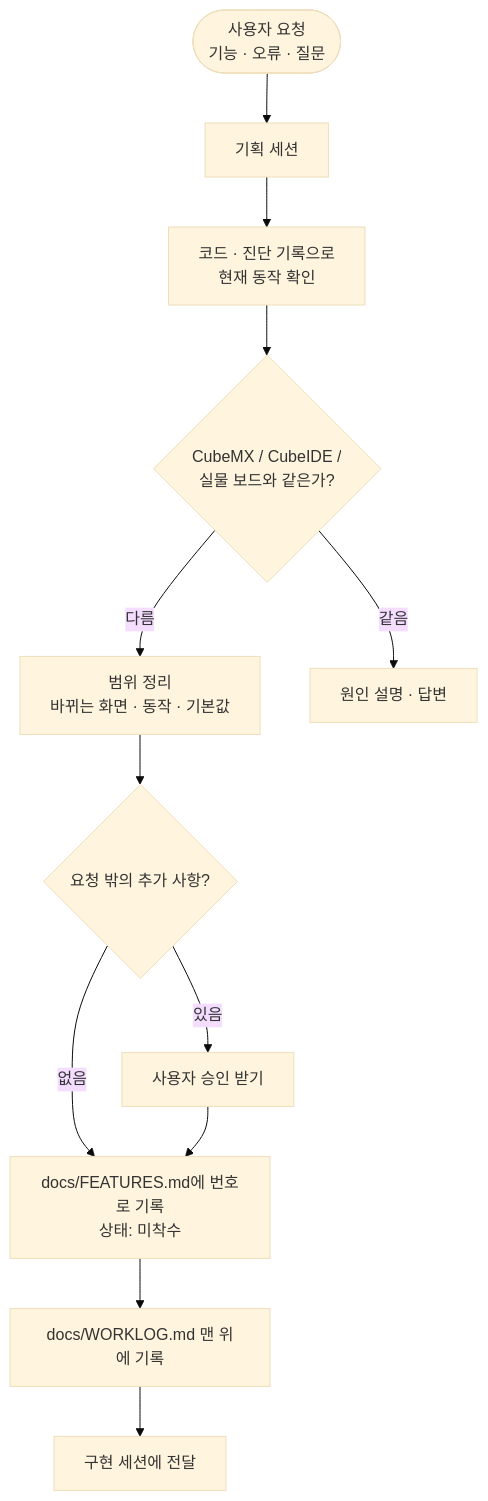
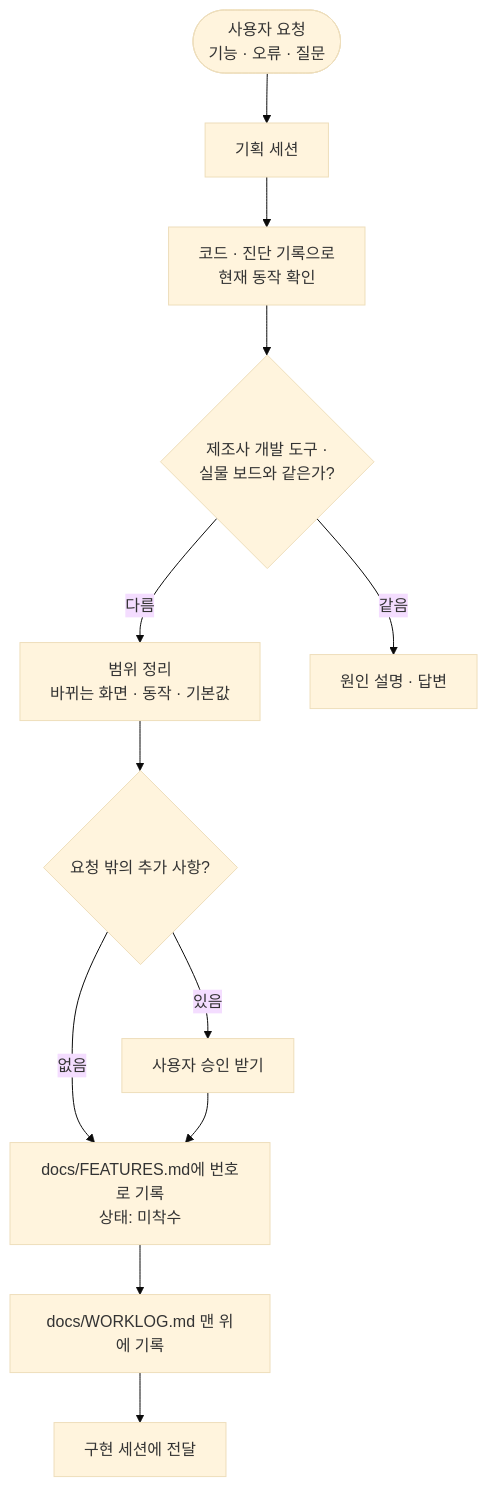
The eighth of 10 diagrams in README.md (moonsyu/STM-Simulator), drawn with Mermaid (base theme) before and after one commit. The commit also changed other lines of this file and 1 other file, not shown here.

````diff
--- a/README.md
+++ b/README.md
@@ -227,14 +227,14 @@
 ```mermaid
 flowchart TB
     REQ(["사용자 요청<br/>기능 · 오류 · 질문"]) --> PLAN["기획 세션"]
     PLAN --> CHECK["코드 · 진단 기록으로<br/>현재 동작 확인"]
-    CHECK --> CMP{"CubeMX / CubeIDE /<br/>실물 보드와 같은가?"}
+    CHECK --> CMP{"제조사 개발 도구 ·<br/>실물 보드와 같은가?"}
     CMP -->|"다름"| SCOPE["범위 정리<br/>바뀌는 화면 · 동작 · 기본값"]
     CMP -->|"같음"| ANSWER["원인 설명 · 답변"]
     SCOPE --> ASK{"요청 밖의 추가 사항?"}
     ASK -->|"있음"| APPROVE["사용자 승인 받기"]
     ASK -->|"없음"| LIST
     APPROVE --> LIST["docs/FEATURES.md에 번호로 기록<br/>상태: 미착수"]
     LIST --> LOG["docs/WORKLOG.md 맨 위에 기록"]
     LOG --> HAND["구현 세션에 전달"]
 ```
````
